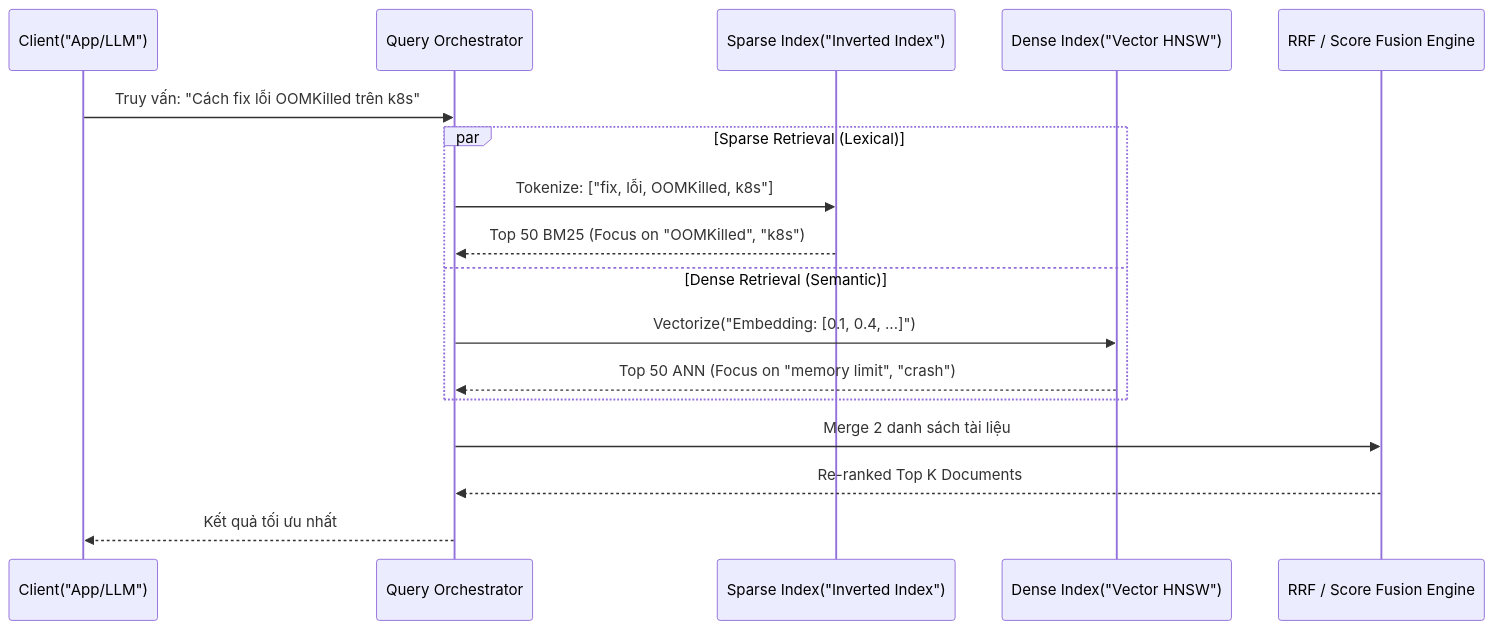
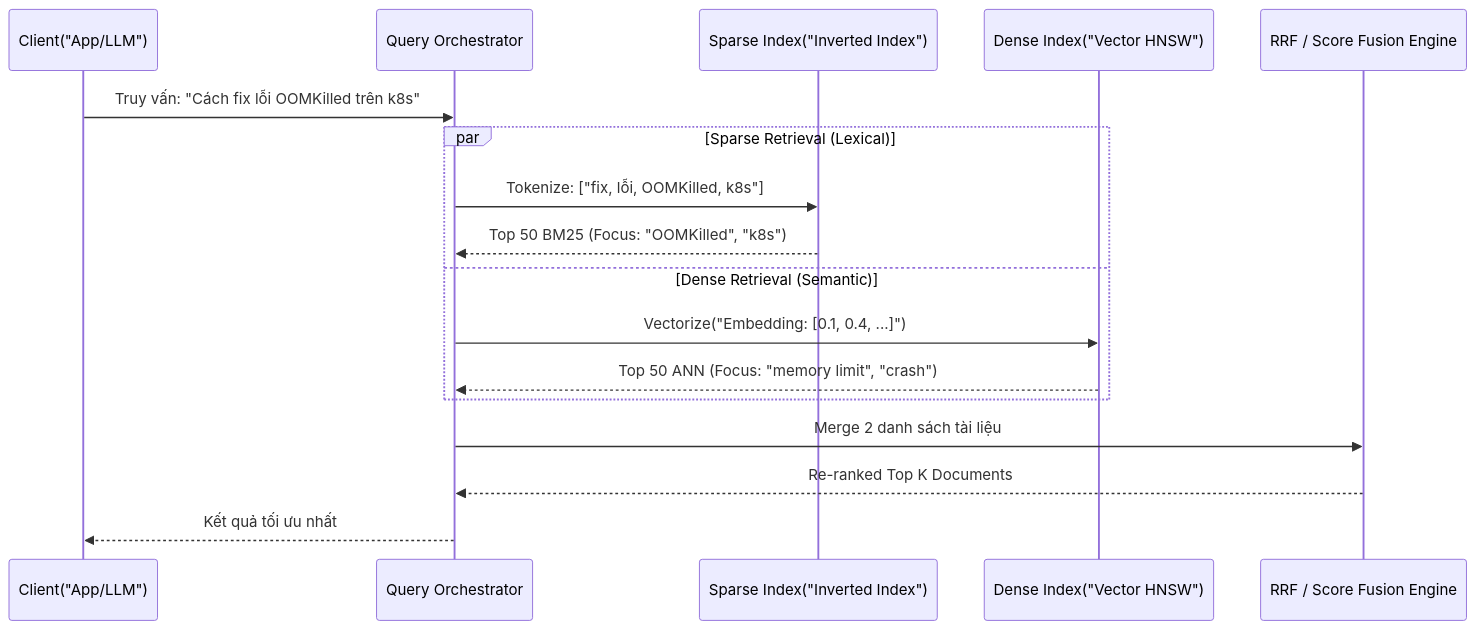
Before and after one commit to kythuatdulieu/kythuatdulieu.github.io: the diagram in src/content/docs/concepts/9-genai-machine-learning/hybrid-search.md, drawn with Mermaid. The commit also changed other lines of this file and 228 other files, not shown here.

Commit message:
Fix syntax and rewrite 200+ concepts docs to deep-dive system architecture and add GA4 tracking to quiz app

````diff
--- a/src/content/docs/concepts/9-genai-machine-learning/hybrid-search.md
+++ b/src/content/docs/concepts/9-genai-machine-learning/hybrid-search.md
@@ -24,20 +24,20 @@
 ```mermaid
 sequenceDiagram
     participant C as Client("App/LLM")
     participant Orchestrator as Query Orchestrator
     participant BM25 as Sparse Index("Inverted Index")
     participant HNSW as Dense Index("Vector HNSW")
     participant Fusion as RRF / Score Fusion Engine
 
     C->>Orchestrator: Truy vấn: "Cách fix lỗi OOMKilled trên k8s"
     par Sparse Retrieval (Lexical)
         Orchestrator->>BM25: Tokenize: ["fix, lỗi, OOMKilled, k8s"]
-        BM25-->>Orchestrator: Top 50 BM25 (Focus on "OOMKilled", "k8s")
+        BM25-->>Orchestrator: Top 50 BM25 (Focus: "OOMKilled", "k8s")
     and Dense Retrieval (Semantic)
         Orchestrator->>HNSW: Vectorize("Embedding: [0.1, 0.4, ...]")
-        HNSW-->>Orchestrator: Top 50 ANN (Focus on "memory limit", "crash")
+        HNSW-->>Orchestrator: Top 50 ANN (Focus: "memory limit", "crash")
     end
     Orchestrator->>Fusion: Merge 2 danh sách tài liệu
     Fusion-->>Orchestrator: Re-ranked Top K Documents
     Orchestrator-->>C: Kết quả tối ưu nhất
 ```
````
